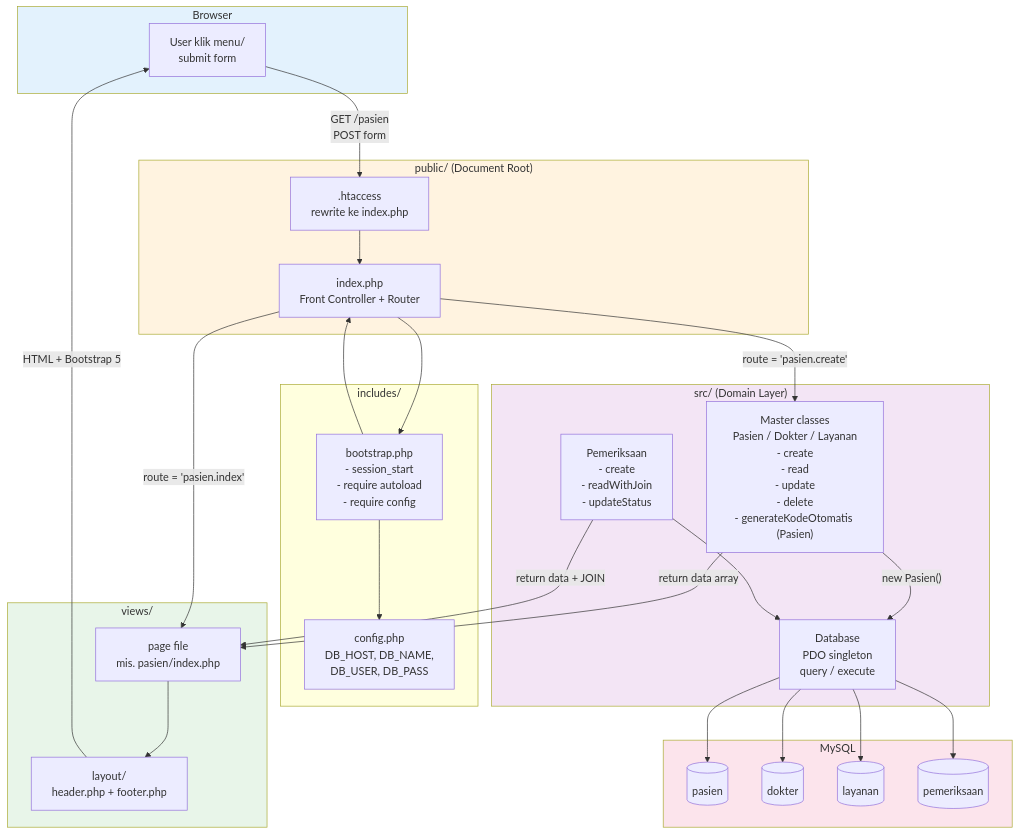
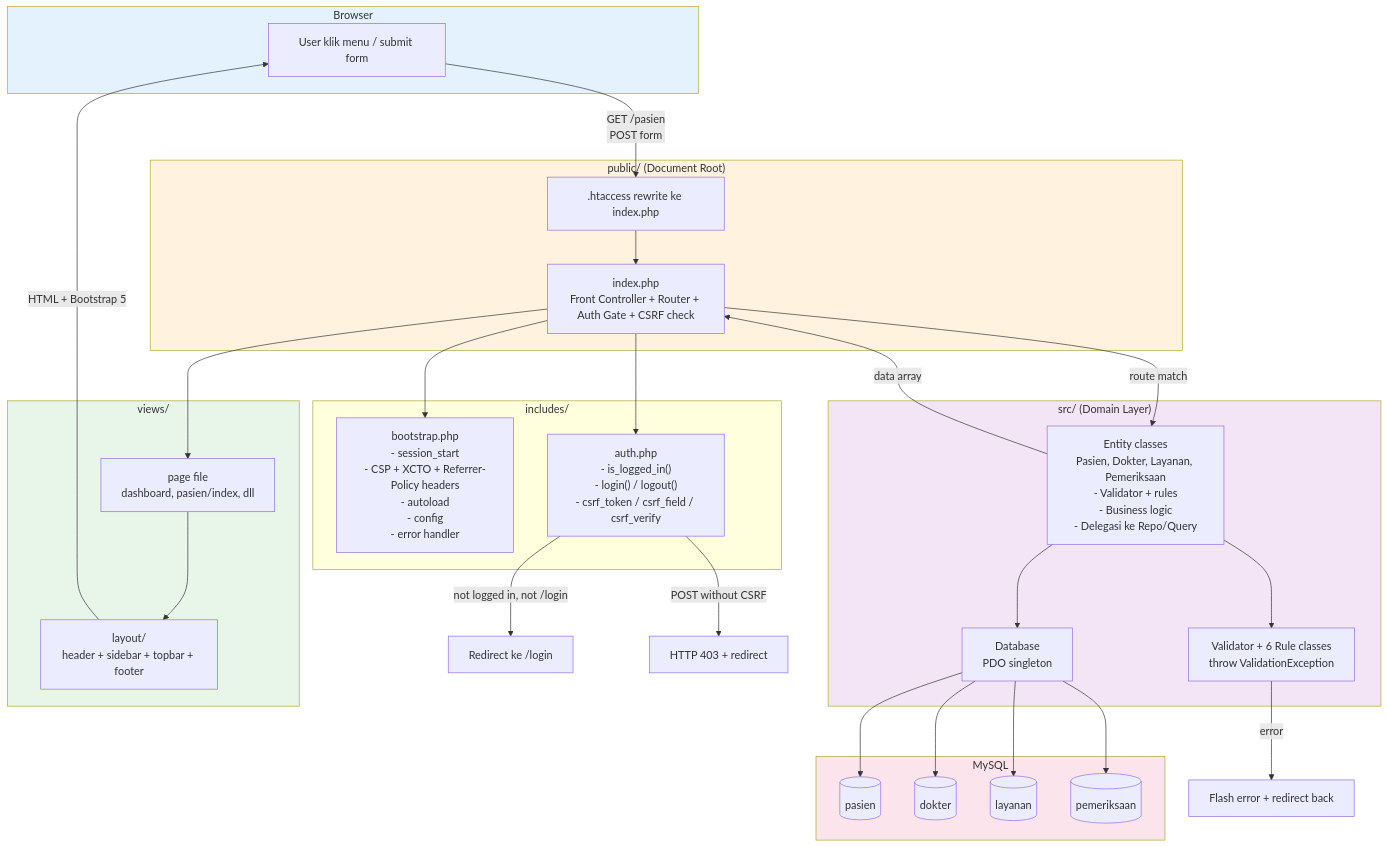
The first of 2 diagrams in docs/architecture.md (TudeOrangBiasa/silk-swarakarna-uas), drawn with Mermaid before and after one commit. The commit also changed other lines of this file and 2 other files, not shown here.

First line of the commit message:
docs: rewrite README + architecture + business-logic (Caveman + Humanizer)

````diff
--- a/docs/architecture.md
+++ b/docs/architecture.md
@@ -70,58 +100,59 @@
 ```mermaid
 graph TB
     subgraph Browser["Browser"]
-        UI[User klik menu/<br/>submit form]
+        UI[User klik menu / submit form]
     end
 
     subgraph Public["public/ (Document Root)"]
-        HC[".htaccess<br/>rewrite ke index.php"]
-        Router["index.php<br/>Front Controller + Router"]
+        HC[".htaccess rewrite ke index.php"]
+        Router["index.php<br/>Front Controller + Router + Auth Gate + CSRF check"]
     end
 
     subgraph Bootstrap["includes/"]
-        Boot["bootstrap.php<br/>- session_start<br/>- require autoload<br/>- require config"]
-        Cfg["config.php<br/>DB_HOST, DB_NAME,<br/>DB_USER, DB_PASS"]
+        Boot["bootstrap.php<br/>- session_start<br/>- CSP + XCTO + Referrer-Policy headers<br/>- autoload<br/>- config<br/>- error handler"]
+        Auth["auth.php<br/>- is_logged_in()<br/>- login() / logout()<br/>- csrf_token / csrf_field / csrf_verify"]
     end
 
     subgraph Domain["src/ (Domain Layer)"]
-        DBClass["Database<br/>PDO singleton<br/>query / execute"]
-        Master["Master classes<br/>Pasien / Dokter / Layanan<br/>- create<br/>- read<br/>- update<br/>- delete<br/>- generateKodeOtomatis (Pasien)"]
-        Trans["Pemeriksaan<br/>- create<br/>- readWithJoin<br/>- updateStatus"]
+        DBClass["Database<br/>PDO singleton"]
+        Entity["Entity classes<br/>Pasien, Dokter, Layanan, Pemeriksaan<br/>- Validator + rules<br/>- Business logic<br/>- Delegasi ke Repo/Query"]
+        Val["Validator + 6 Rule classes<br/>throw ValidationException"]
     end
 
     subgraph View["views/"]
-        Layout["layout/<br/>header.php + footer.php"]
-        Page["page file<br/>mis. pasien/index.php"]
+        Layout["layout/<br/>header + sidebar + topbar + footer"]
+        Page["page file<br/>dashboard, pasien/index, dll"]
     end
 
     subgraph Data["MySQL"]
         T1[(pasien)]
         T2[(dokter)]
         T3[(layanan)]
         T4[(pemeriksaan)]
     end
 
     UI -->|"GET /pasien<br/>POST form"| HC
     HC --> Router
     Router --> Boot
-    Boot --> Cfg
-    Boot --> Router
-    Router -->|route = 'pasien.index'| Page
-    Router -->|route = 'pasien.create'| Master
-    Master -->|"new Pasien()"| DBClass
+    Router --> Auth
+    Auth -->|"not logged in, not /login"| Login["Redirect ke /login"]
+    Auth -->|"POST without CSRF"| Forbidden["HTTP 403 + redirect"]
+    Router -->|"route match"| Entity
+    Entity --> Val
+    Val -->|"error"| Flash["Flash error + redirect back"]
+    Entity --> DBClass
     DBClass --> T1
     DBClass --> T2
     DBClass --> T3
-    Trans --> DBClass
     DBClass --> T4
-    Master -->|return data array| Page
-    Trans -->|return data + JOIN| Page
+    Entity -->|"data array"| Router
+    Router --> Page
     Page --> Layout
-    Layout -->|HTML + Bootstrap 5| UI
+    Layout -->|"HTML + Bootstrap 5"| UI
 
     style Browser fill:#e3f2fd
     style Public fill:#fff3e0
     style Domain fill:#f3e5f5
     style View fill:#e8f5e9
     style Data fill:#fce4ec
 ```
````
